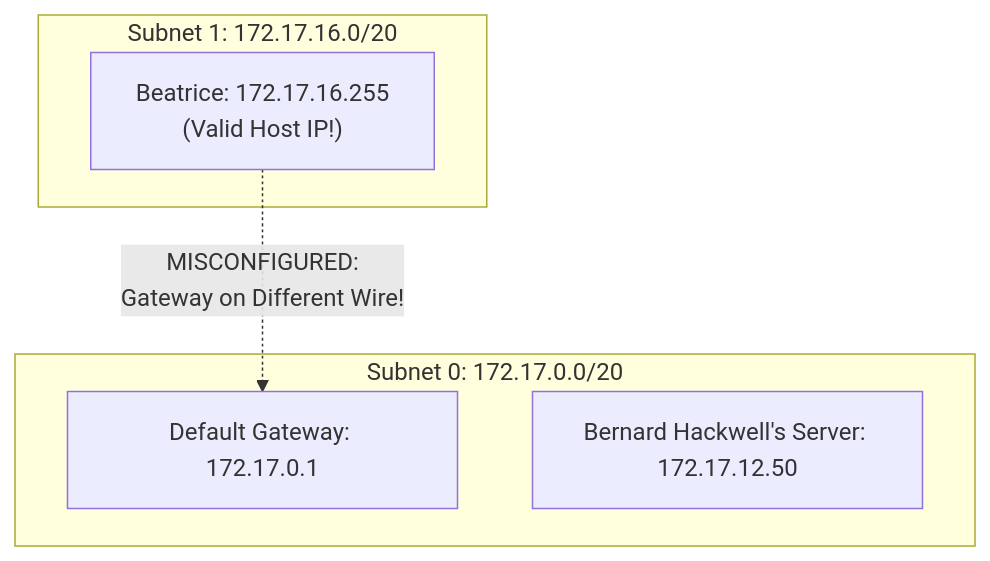
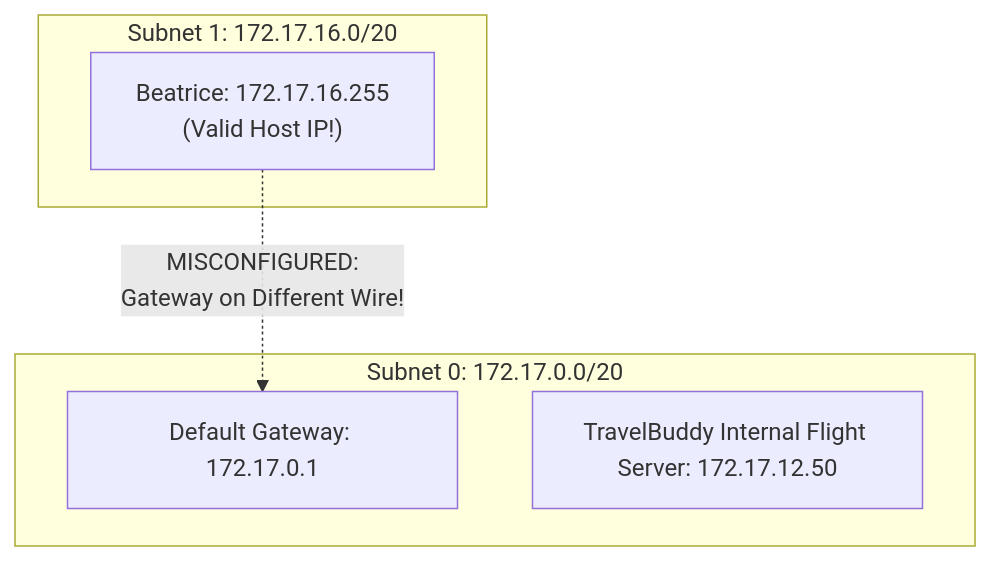
One commit to 1345AbhishekKumar/cs-cookbook changed the sixth of 7 diagrams in content/docs/computer-networking/03-ip-addressing-and-routing/01-ipv4-addressing-subnetting.mdx. Above: the diagram before and after it, drawn with Mermaid. The commit also changed other lines of this file and 124 other files, not shown here.

````diff
--- a/content/docs/computer-networking/03-ip-addressing-and-routing/01-ipv4-addressing-subnetting.mdx
+++ b/content/docs/computer-networking/03-ip-addressing-and-routing/01-ipv4-addressing-subnetting.mdx
@@ -474,11 +503,11 @@
 ```mermaid
 flowchart TD
     subgraph S0 ["Subnet 0: 172.17.0.0/20"]
         GW["Default Gateway: 172.17.0.1"]
-        SRV["Bernard Hackwell's Server: 172.17.12.50"]
+        SRV["TravelBuddy Internal Flight Server: 172.17.12.50"]
     end
     subgraph S1 ["Subnet 1: 172.17.16.0/20"]
         BEA["Beatrice: 172.17.16.255<br/>(Valid Host IP!)"]
     end
     BEA -.->|"MISCONFIGURED:<br/>Gateway on Different Wire!"| GW
 ```
````
